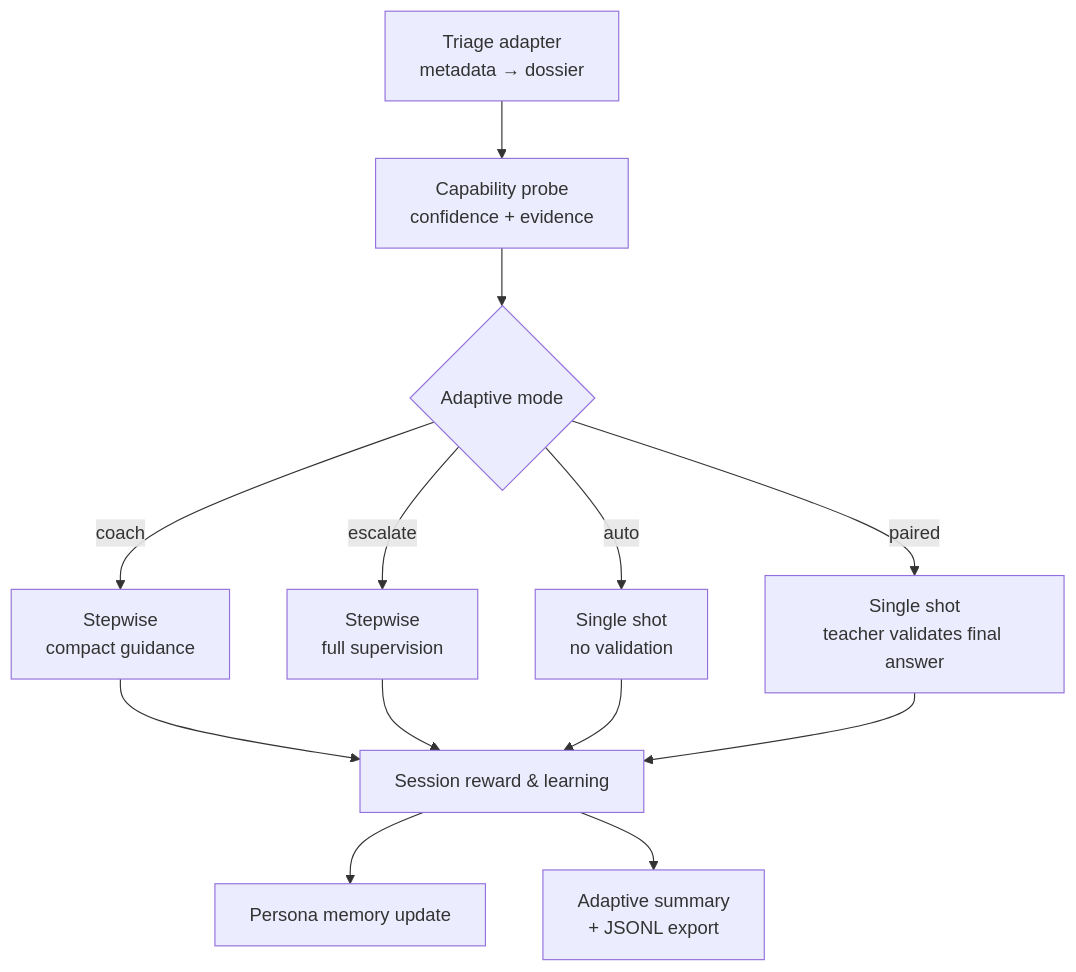
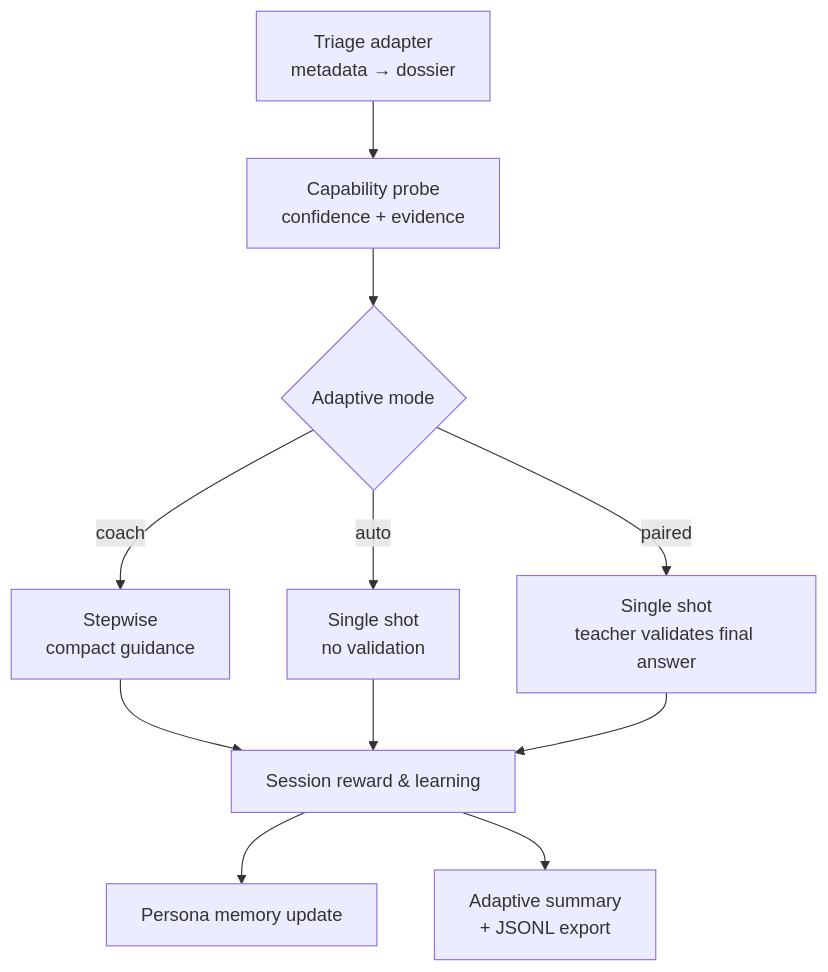
The diagram in docs/sdk/orchestration.mdx (Arc-Computer/ATLAS), drawn with Mermaid before and after one commit. The commit also changed other lines of this file and 8 other files, not shown here.

````diff
--- a/docs/sdk/orchestration.mdx
+++ b/docs/sdk/orchestration.mdx
@@ -12,15 +12,13 @@
 ```mermaid
 flowchart TD
     Triage[Triage adapter<br/>metadata → dossier] --> Probe[Capability probe<br/>confidence + evidence]
     Probe --> Decision{Adaptive mode}
     Decision -->|auto| Auto[Single shot<br/>no validation]
     Decision -->|paired| Paired[Single shot<br/>teacher validates final answer]
     Decision -->|coach| Coach[Stepwise<br/>compact guidance]
-    Decision -->|escalate| Escalate[Stepwise<br/>full supervision]
     Coach --> Reward[Session reward & learning]
-    Escalate --> Reward
     Auto --> Reward
     Paired --> Reward
     Reward --> Memory[Persona memory update]
     Reward --> Telemetry[Adaptive summary<br/>+ JSONL export]
 ```
````
